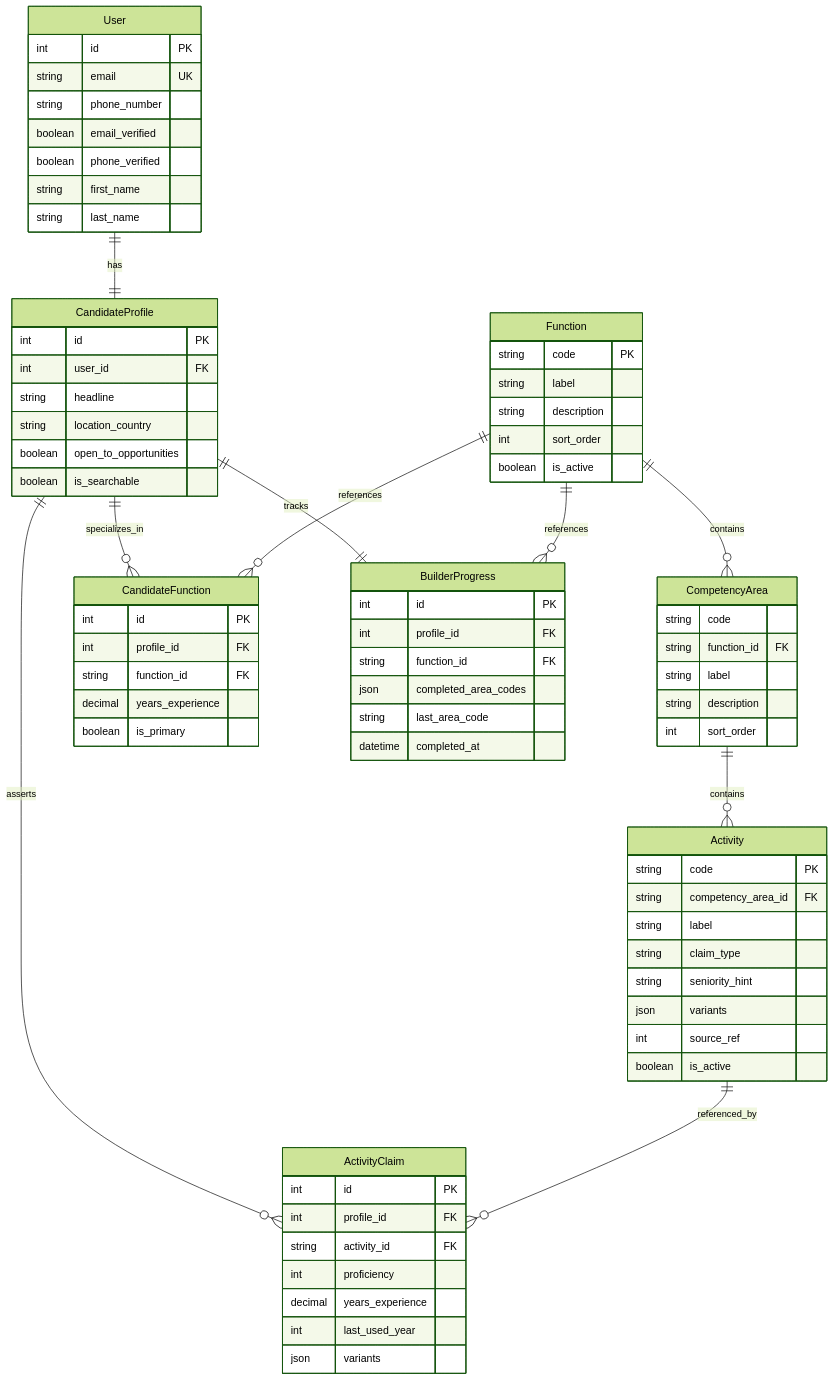
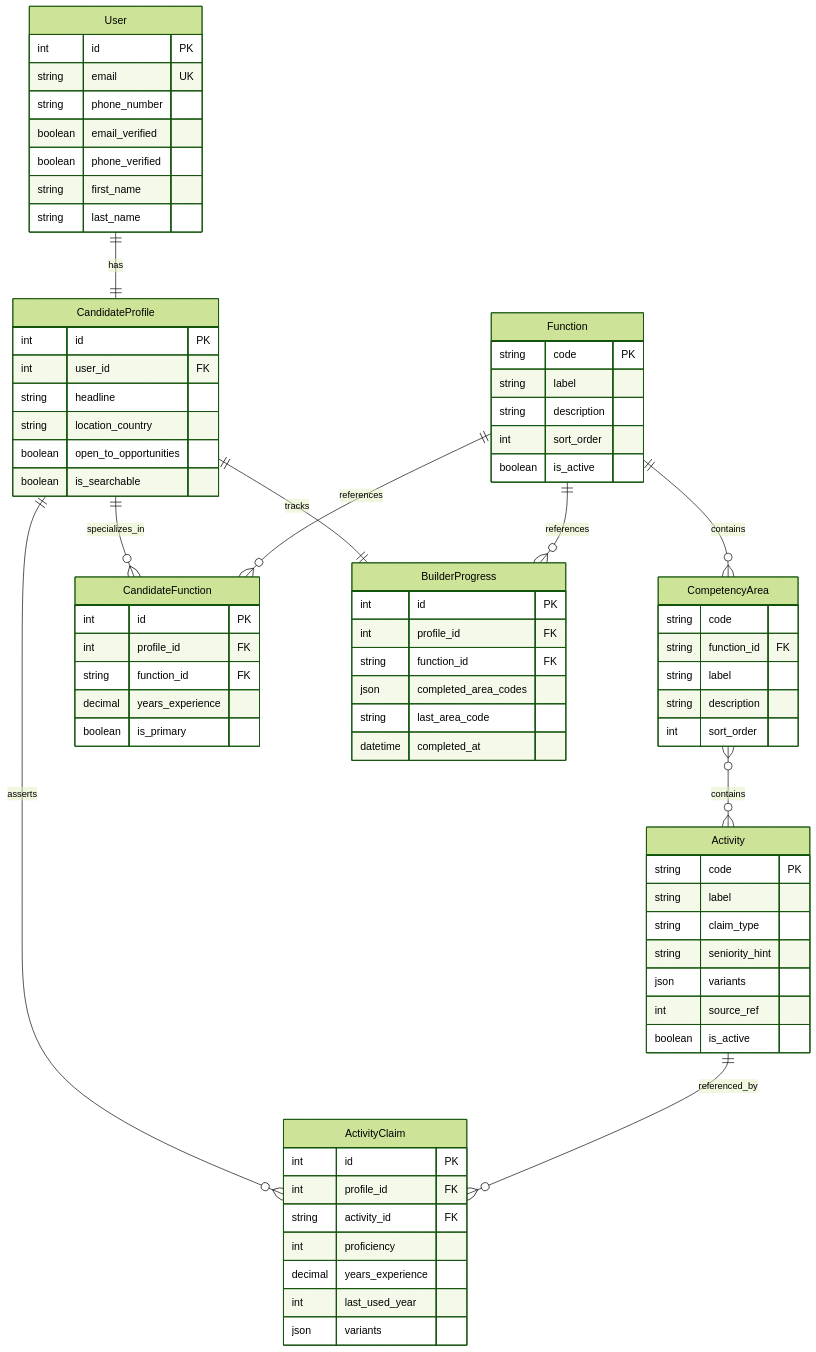
The fifth of 5 diagrams in docs/architecture.md (lucky-singh/hiredright), drawn with Mermaid (forest theme) before and after one commit. The commit also changed 20 other files, not shown here.

```diff
--- a/docs/architecture.md
+++ b/docs/architecture.md
@@ -208,7 +208,7 @@
     User ||--|| CandidateProfile : has
 
     Function ||--o{ CompetencyArea : contains
-    CompetencyArea ||--o{ Activity : contains
+    CompetencyArea }o--o{ Activity : contains
 
     CandidateProfile ||--o{ CandidateFunction : specializes_in
     Function ||--o{ CandidateFunction : references
@@ -247,7 +247,6 @@
 
     Activity {
         string code PK
-        string competency_area_id FK
         string label
         string claim_type
         string seniority_hint
```
